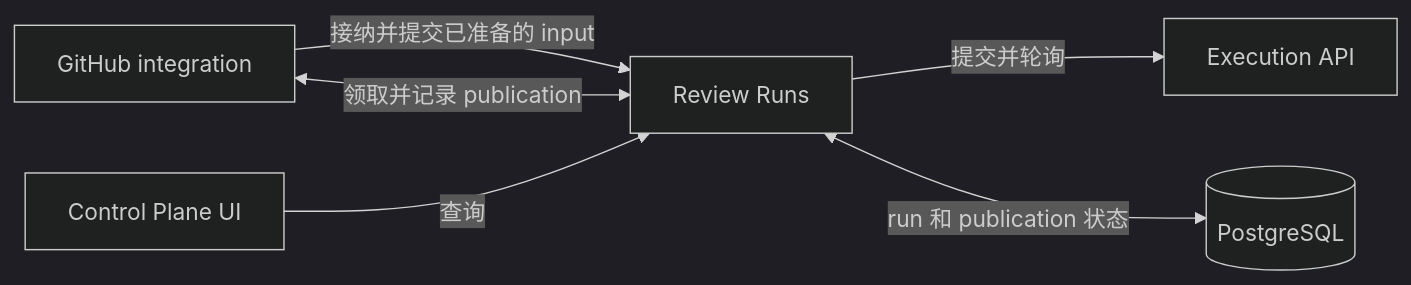
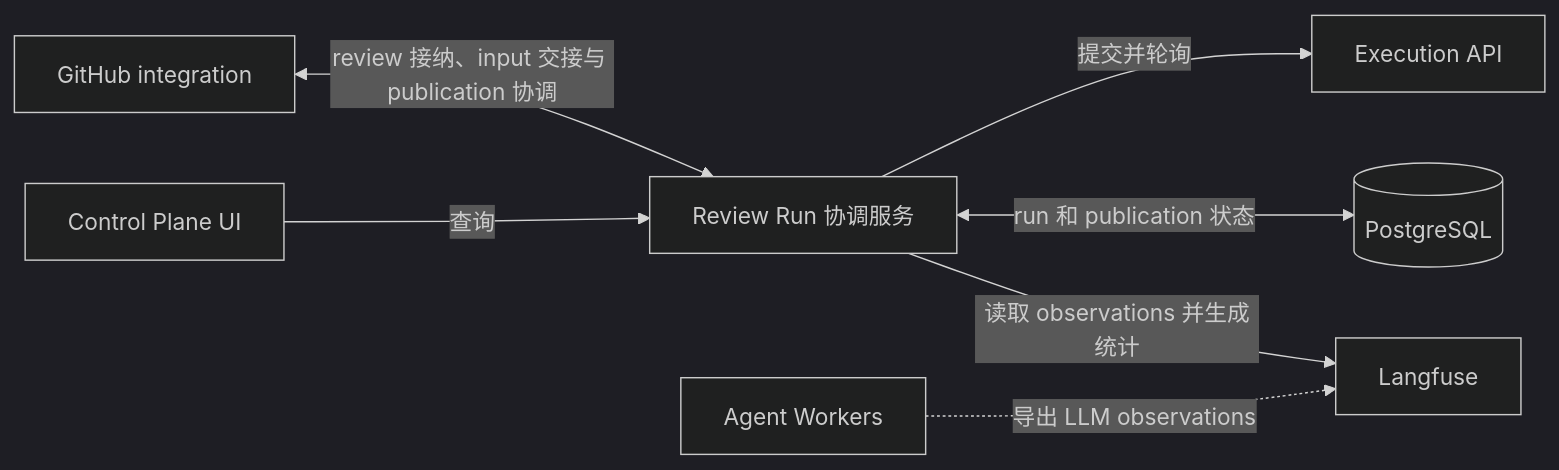
The first of 5 diagrams in review-runs/README.zh.md (Agent-AI-Chalmers/sec-review-bot), drawn with Mermaid (dark theme) before and after one commit. The commit also changed other lines of this file and 70 other files, not shown here.

````diff
--- a/review-runs/README.zh.md
+++ b/review-runs/README.zh.md
@@ -11,8 +11,9 @@
 ```mermaid
 flowchart LR
-  integration[GitHub integration] -->|接纳并提交已准备的 input| control[Review Runs]
+  integration[GitHub integration] <-->|review 接纳、input 交接与 publication 协调| control[Review Run 协调服务]
   control -->|提交并轮询| execution[Execution API]
   control <-->|run 和 publication 状态| postgres[(PostgreSQL)]
-  integration <-->|领取并记录 publication| control
+  workers[Agent Workers] -.->|导出 LLM observations| langfuse[Langfuse]
+  control -->|读取 observations 并生成统计| langfuse
   ui[Control Plane UI] -->|查询| control
 ```
````
